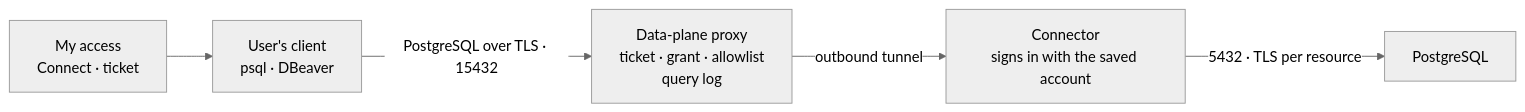
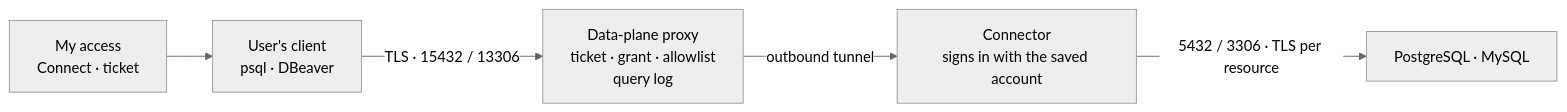
One commit to captivo-io/captivo-access changed the sixth of 7 diagrams in docs/how-it-works.md. Above: the diagram before and after it, drawn with Mermaid (neutral theme). The commit also changed other lines of this file and 33 other files, not shown here.

````diff
--- a/docs/how-it-works.md
+++ b/docs/how-it-works.md
@@ -525,7 +528,7 @@
 ```mermaid
 flowchart LR
     F["My access<br/>Connect · ticket"] --> C["User's client<br/>psql · DBeaver"]
-    C -->|"PostgreSQL over TLS · 15432"| D["Data-plane proxy<br/>ticket · grant · allowlist<br/>query log"]
+    C -->|"TLS · 15432 / 13306"| D["Data-plane proxy<br/>ticket · grant · allowlist<br/>query log"]
     D -->|outbound tunnel| CN["Connector<br/>signs in with the saved account"]
-    CN -->|"5432 · TLS per resource"| S["PostgreSQL"]
+    CN -->|"5432 / 3306 · TLS per resource"| S["PostgreSQL · MySQL"]
 ```
````
